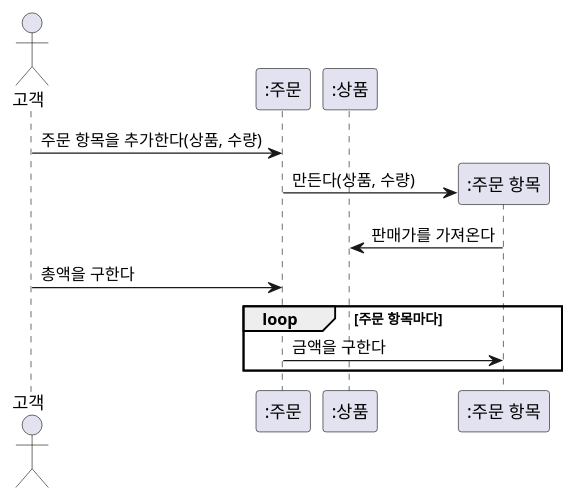
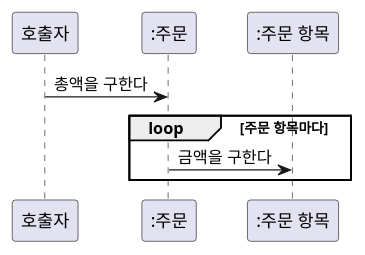
The eighth of 14 diagrams in courses/ooad/sessions/s01.md (YoungSan77/TrainingMaterials), drawn with PlantUML before and after one commit. The commit also changed other lines of this file and 51 other files, not shown here.

````diff
--- a/courses/ooad/sessions/s01.md
+++ b/courses/ooad/sessions/s01.md
@@ -501,15 +442,11 @@
 ```plantuml:sequence
 @startuml
-actor "고객" as C
+participant "호출자" as C
 participant ":주문" as O
-participant ":상품" as P
-C -> O : 주문 항목을 추가한다(상품, 수량)
-create participant ":주문 항목" as I
-O -> I : 만든다(상품, 수량)
-I -> P : 판매가를 가져온다
+participant ":주문 항목" as I
 C -> O : 총액을 구한다
 loop 주문 항목마다
-  O -> I : 금액을 구한다
+ O -> I : 금액을 구한다
 end
 @enduml
 ```
````
